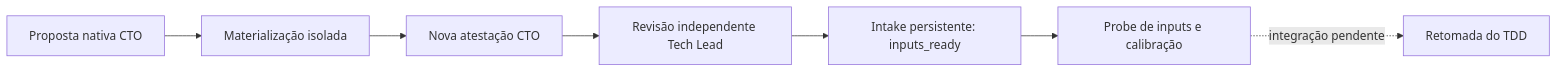
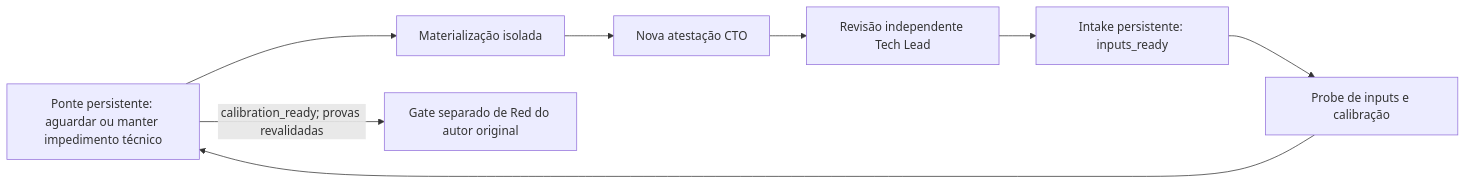
The fourth of 4 diagrams in README.md (codifydeep/fabriquinha), drawn with Mermaid before and after one commit. The commit also changed other lines of this file and 6 other files, not shown here.

Commit message:
Connect durable generic calibration prerequisites to original author Red

````diff
--- a/README.md
+++ b/README.md
@@ -1383,9 +1383,10 @@
 ```mermaid
 flowchart LR
   B[Proposta nativa CTO] --> M[Materialização isolada]
   M --> C[Nova atestação CTO]
   C --> T[Revisão independente Tech Lead]
   T --> I[Intake persistente: inputs_ready]
   I --> P[Probe de inputs e calibração]
-  P -. integração pendente .-> R[Retomada do TDD]
+  P --> B[Ponte persistente: aguardar ou manter impedimento técnico]
+  B -->|calibration_ready; provas revalidadas| R[Gate separado de Red do autor original]
 ```
````
